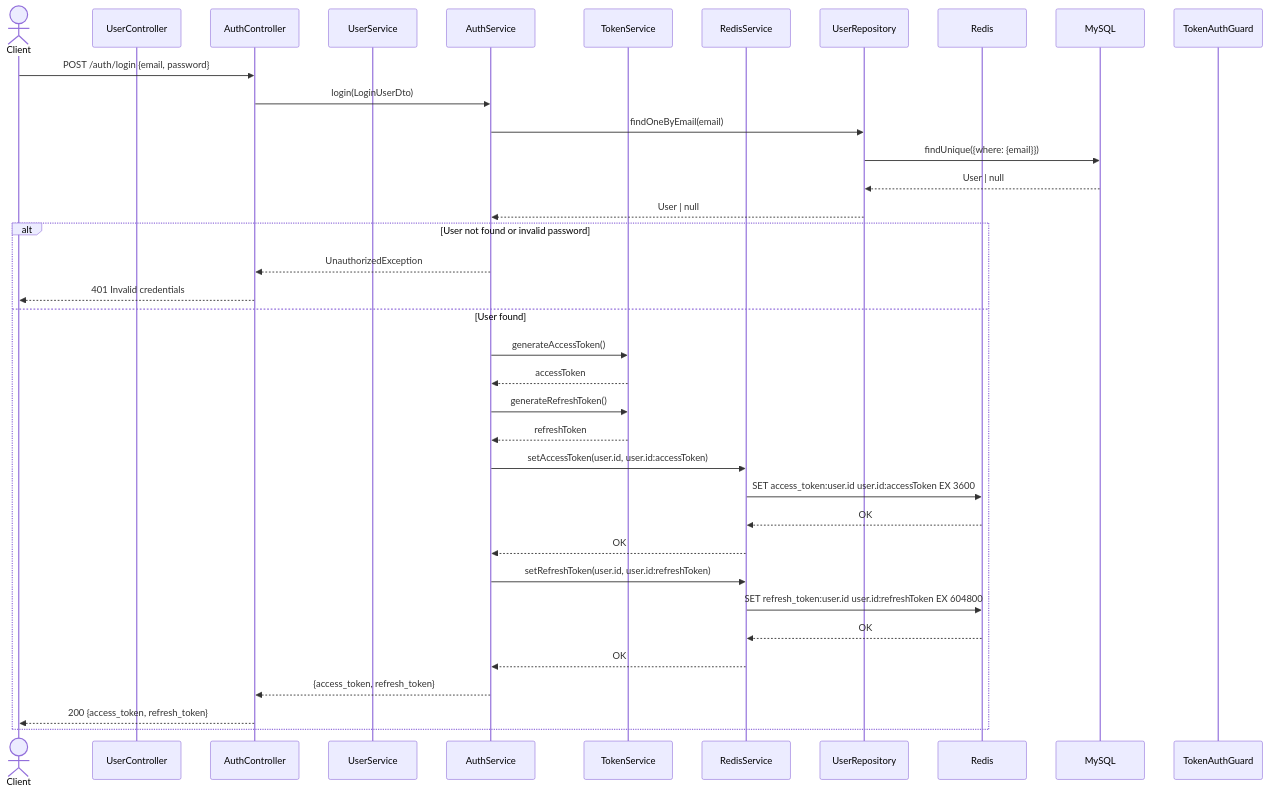
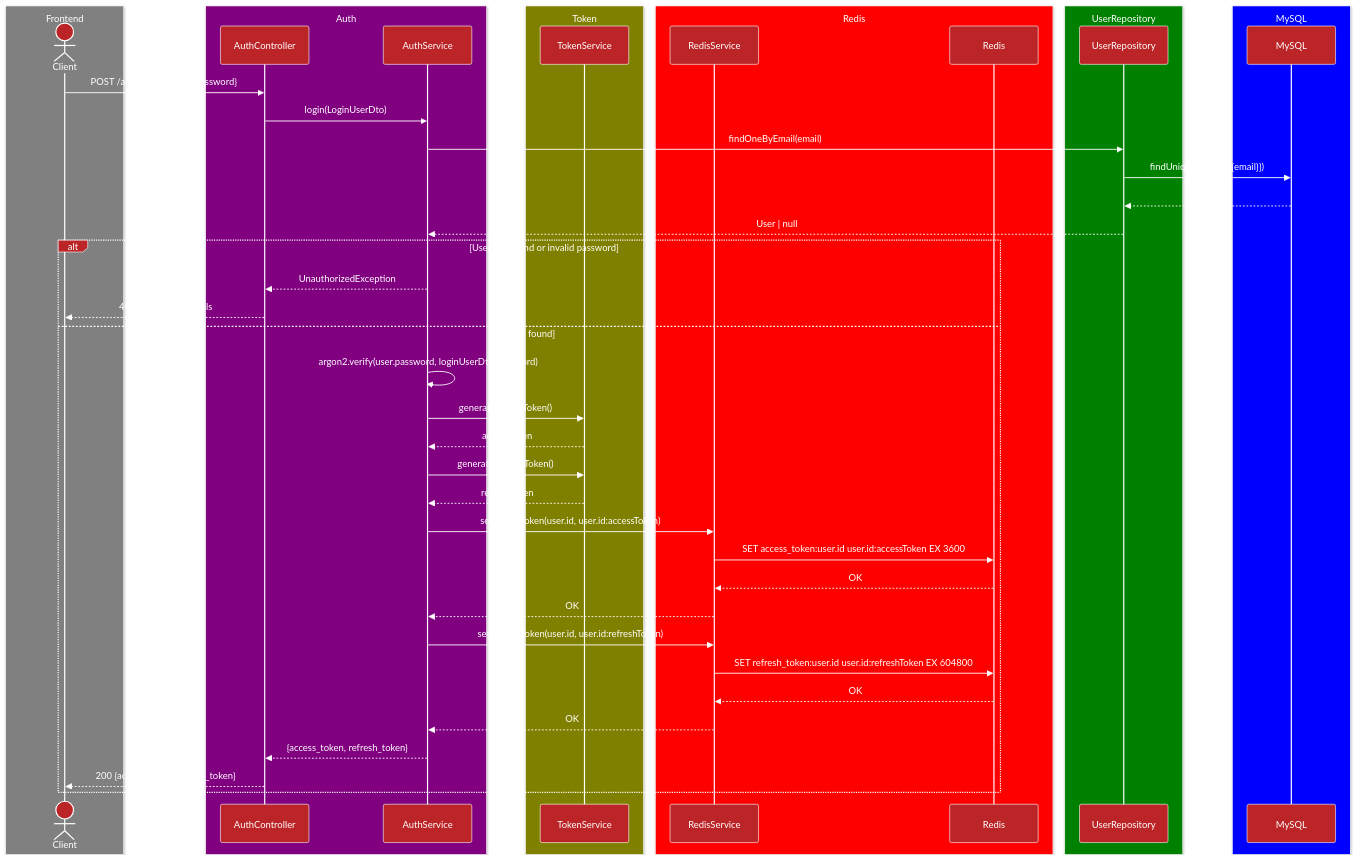
Before and after one commit to hamidehalaee/nestjs_ddd_skeleton: the diagram in docs/auth/login.md, drawn with Mermaid. The commit also changed 2 other files, not shown here.

Commit message:
update: diagram

````diff
--- a/docs/auth/login.md
+++ b/docs/auth/login.md
@@ -1,43 +1,68 @@
 ```mermaid
+---
+config:
+  theme: 'base'
+  themeVariables:
+    primaryColor: '#BB2528'
+    primaryTextColor: '#fff'
+    primaryBorderColor: '#fff'
+    lineColor: '#F8B229'
+    secondaryColor: '#006100'
+    tertiaryColor: '#fff'
+---
 sequenceDiagram
+  box Gray Frontend
   actor Client
-  participant Controller as UserController
+  end
+
+  box Purple Auth
   participant AuthController
-  participant UserService
   participant AuthService
+  end
+
+  box Olive Token
   participant TokenService
+  end
+
+  box Red Redis
   participant RedisService
+  participant Redis
+  end
+
+  box Green UserRepository
   participant UserRepo as UserRepository
-  participant Redis
+  end
+
+  box Blue MySQL
   participant MySQL
-  participant Guard as TokenAuthGuard
-
+  end
 
   %% Login Flow
   Client->>AuthController: POST /auth/login {email, password}
   AuthController->>AuthService: login(LoginUserDto)
   AuthService->>UserRepo: findOneByEmail(email)
   UserRepo->>MySQL: findUnique({where: {email}})
   MySQL-->>UserRepo: User | null
   UserRepo-->>AuthService: User | null
   alt User not found or invalid password
     AuthService-->>AuthController: UnauthorizedException
     AuthController-->>Client: 401 Invalid credentials
   else User found
+    AuthService ->> AuthService: argon2.verify(user.password, loginUserDto.password)
     AuthService->>TokenService: generateAccessToken()
     TokenService-->>AuthService: accessToken
     AuthService->>TokenService: generateRefreshToken()
     TokenService-->>AuthService: refreshToken
     AuthService->>RedisService: setAccessToken(user.id, user.id:accessToken)
     RedisService->>Redis: SET access_token:user.id user.id:accessToken EX 3600
     Redis-->>RedisService: OK
     RedisService-->>AuthService: OK
     AuthService->>RedisService: setRefreshToken(user.id, user.id:refreshToken)
     RedisService->>Redis: SET refresh_token:user.id user.id:refreshToken EX 604800
     Redis-->>RedisService: OK
     RedisService-->>AuthService: OK
     AuthService-->>AuthController: {access_token, refresh_token}
     AuthController-->>Client: 200 {access_token, refresh_token}
   end
 
 ```
````
